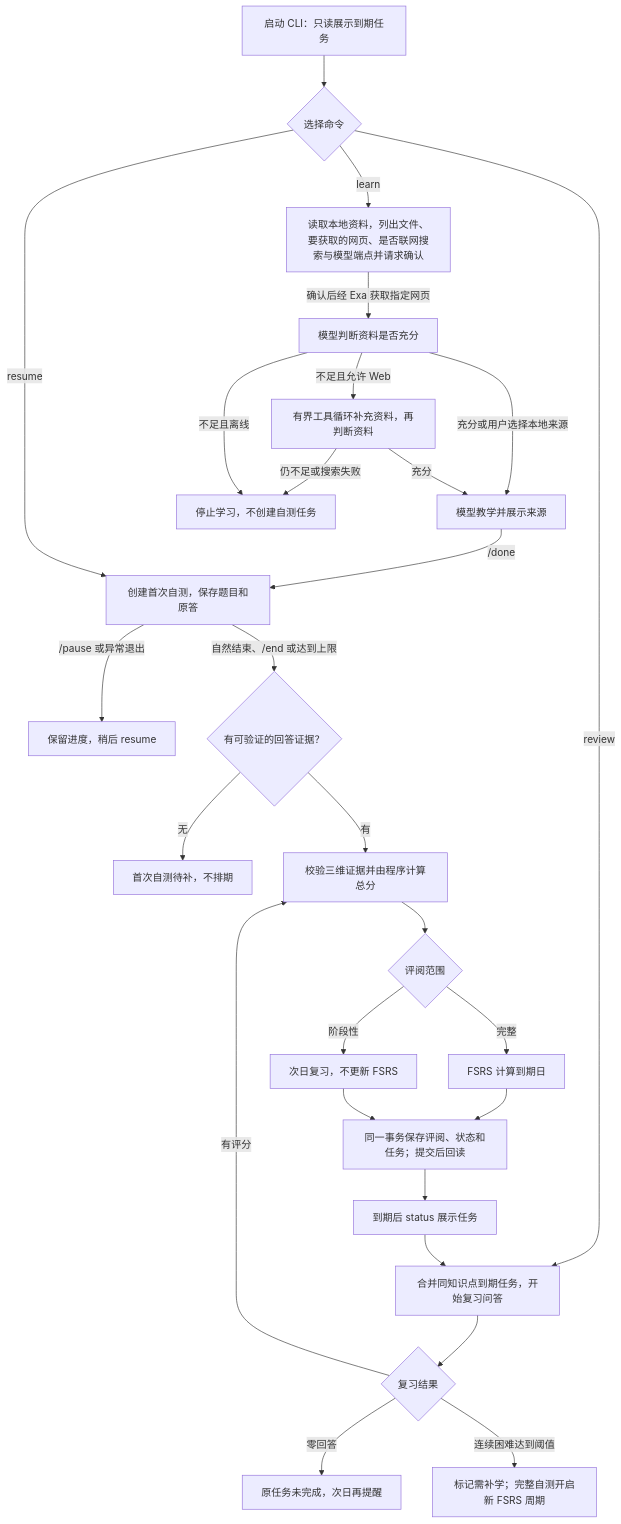
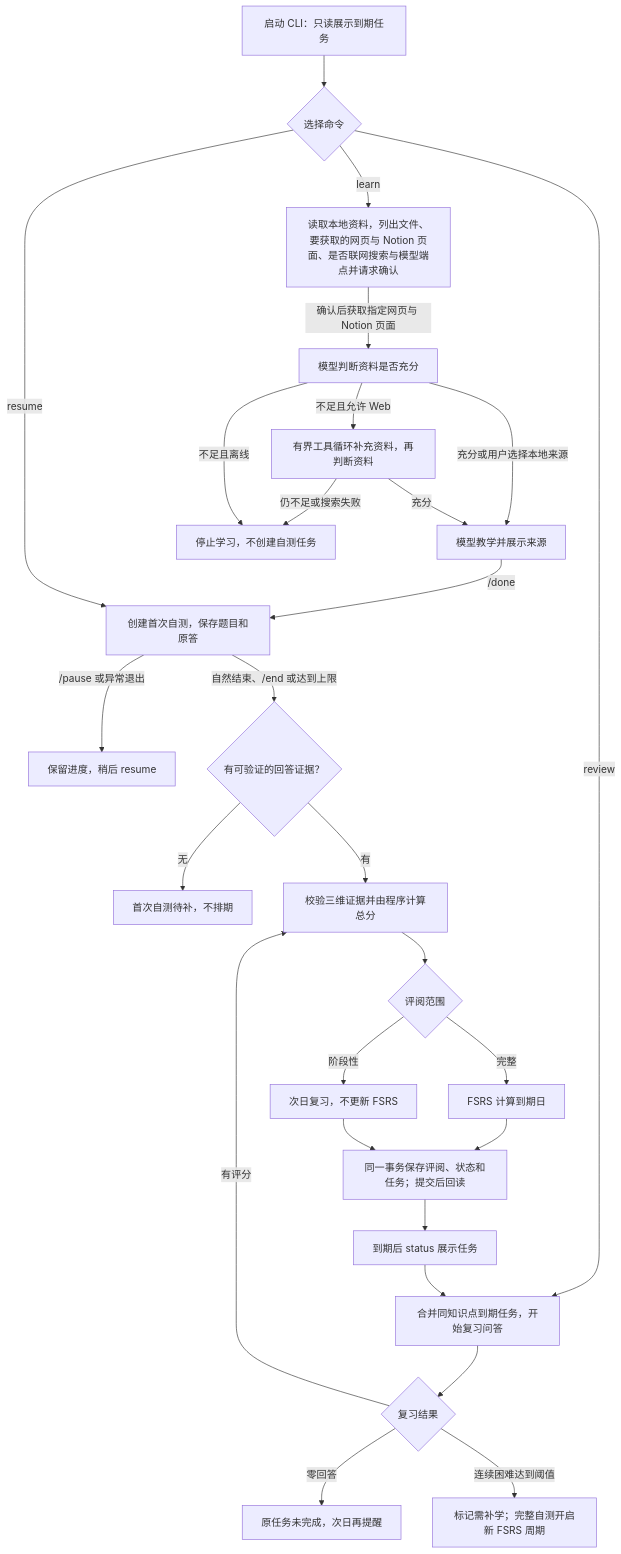
One commit to zjsyxzjsyx/Koyo changed the second of 2 diagrams in README.md. Above: the diagram before and after it, drawn with Mermaid. The commit also changed other lines of this file and 6 other files, not shown here.

````diff
--- a/README.md
+++ b/README.md
@@ -71,29 +72,29 @@
 ```mermaid
 flowchart TD
     A[启动 CLI：只读展示到期任务] --> B{选择命令}
-    B -->|learn| C[读取本地资料，列出文件、要获取的网页、是否联网搜索与模型端点并请求确认]
-    C -->|确认后经 Exa 获取指定网页| D[模型判断资料是否充分]
+    B -->|learn| C[读取本地资料，列出文件、要获取的网页与 Notion 页面、是否联网搜索与模型端点并请求确认]
+    C -->|确认后获取指定网页与 Notion 页面| D[模型判断资料是否充分]
     D -->|不足且允许 Web| E[有界工具循环补充资料，再判断资料]
     D -->|充分或用户选择本地来源| F[模型教学并展示来源]
     E -->|充分| F
     E -->|仍不足或搜索失败| X[停止学习，不创建自测任务]
     D -->|不足且离线| X
     F -->|/done| G[创建首次自测，保存题目和原答]
     B -->|resume| G
     G -->|/pause 或异常退出| H[保留进度，稍后 resume]
     G -->|自然结束、/end 或达到上限| I{有可验证的回答证据？}
     I -->|无| J[首次自测待补，不排期]
     I -->|有| K[校验三维证据并由程序计算总分]
     K --> L{评阅范围}
     L -->|完整| M[FSRS 计算到期日]
     L -->|阶段性| N[次日复习，不更新 FSRS]
     M --> O[同一事务保存评阅、状态和任务；提交后回读]
     N --> O
     O --> P[到期后 status 展示任务]
     B -->|review| Q[合并同知识点到期任务，开始复习问答]
     P --> Q
     Q --> R{复习结果}
     R -->|有评分| K
     R -->|零回答| S[原任务未完成，次日再提醒]
     R -->|连续困难达到阈值| T[标记需补学；完整自测开启新 FSRS 周期]
 ```
````
